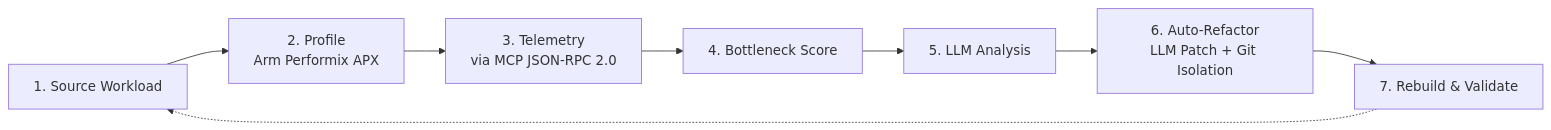
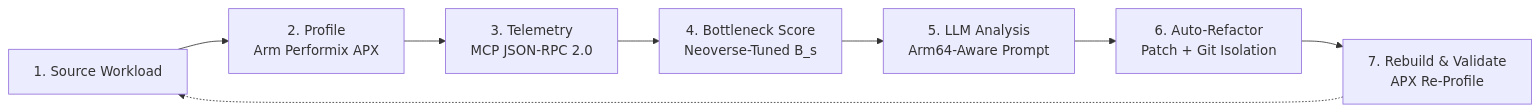
One commit to rakeshraks2612-maker/ARMONIC-ARM changed the diagram in README.md. Above: the diagram before and after it, drawn with Mermaid. The commit also changed other lines of this file, not shown here.

````diff
--- a/README.md
+++ b/README.md
@@ -31,10 +97,10 @@
 ```mermaid
 flowchart LR
     A[1. Source Workload] --> B[2. Profile<br/>Arm Performix APX]
-    B --> C[3. Telemetry<br/>via MCP JSON-RPC 2.0]
-    C --> D[4. Bottleneck Score]
-    D --> E[5. LLM Analysis]
-    E --> F[6. Auto-Refactor<br/>LLM Patch + Git Isolation]
-    F --> G[7. Rebuild & Validate]
+    B --> C[3. Telemetry<br/>MCP JSON-RPC 2.0]
+    C --> D[4. Bottleneck Score<br/>Neoverse-Tuned B_s]
+    D --> E[5. LLM Analysis<br/>Arm64-Aware Prompt]
+    E --> F[6. Auto-Refactor<br/>Patch + Git Isolation]
+    F --> G[7. Rebuild & Validate<br/>APX Re-Profile]
     G -.-> A
 ```
````
